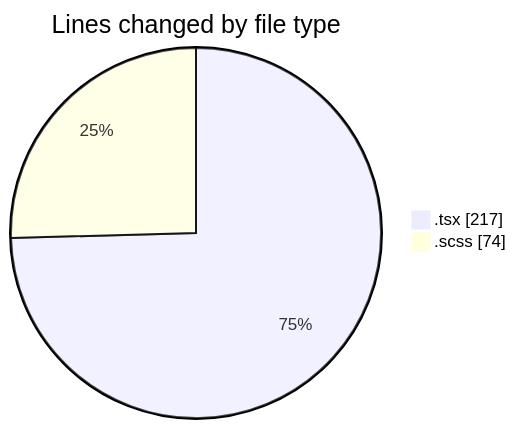
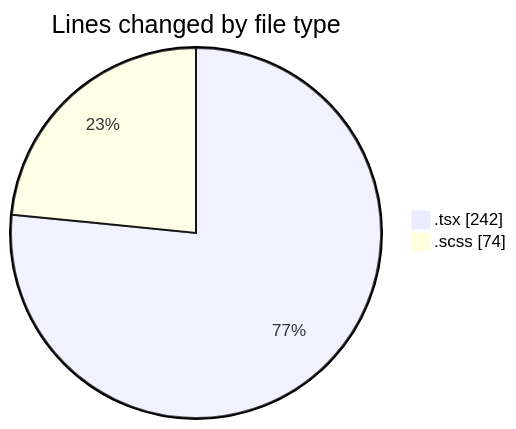
The first of 2 diagrams in 2025-12-09/cda/README.md (momahboobian/code-tracking), drawn with Mermaid before and after one commit. The commit also changed other lines of this file and 1 other file, not shown here.

````diff
--- a/2025-12-09/cda/README.md
+++ b/2025-12-09/cda/README.md
@@ -22,6 +22,6 @@
 ```mermaid
 pie showData
 title Lines changed by file type
-".tsx" : 217
+".tsx" : 242
 ".scss" : 74
 ```
````
